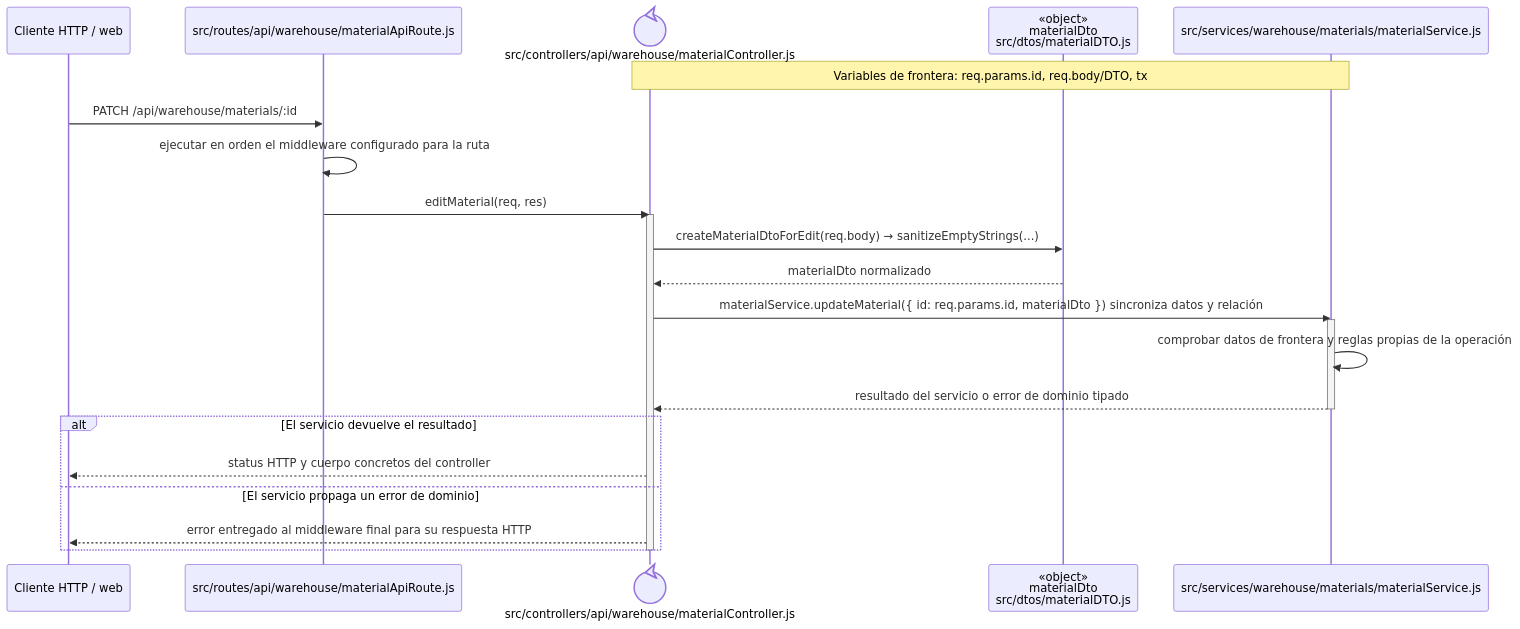
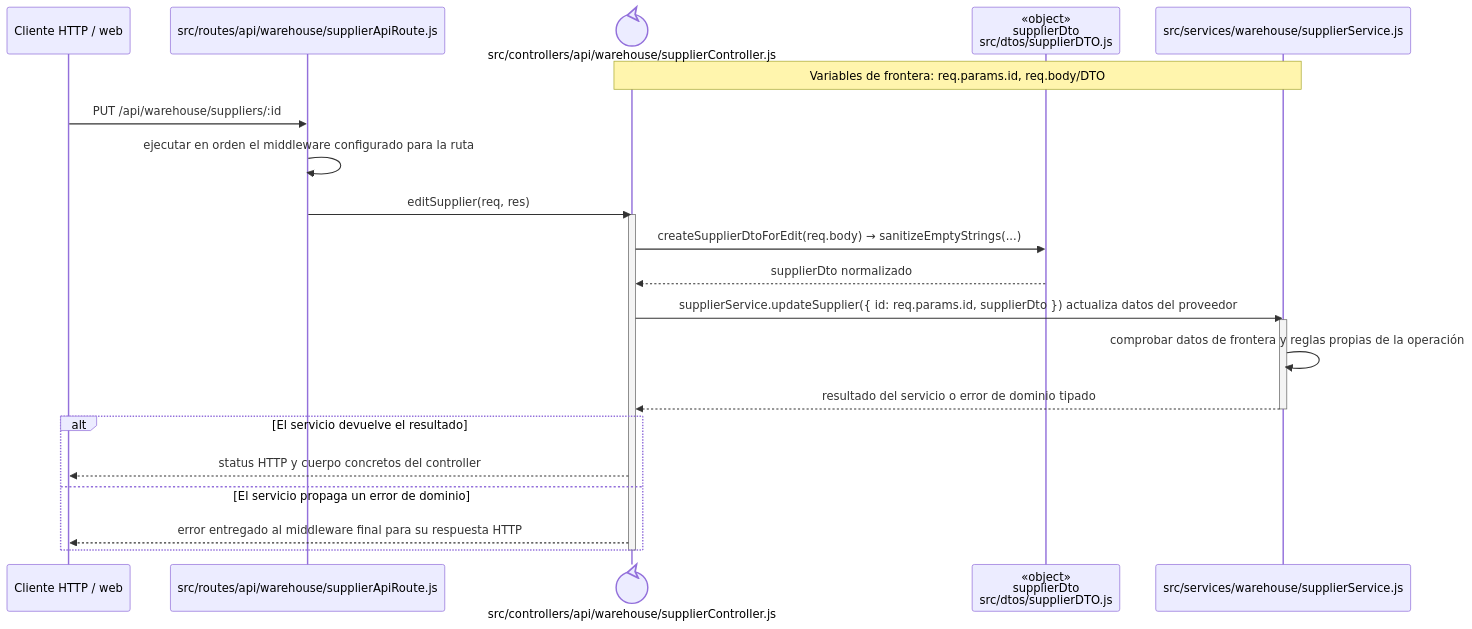
Before and after one commit to gpgsistemas01/nexus: the diagram in docs/architecture/backend-code-sequences/catalogs/cu-cat-03.md, drawn with Mermaid. The commit also changed other lines of this file and 287 other files, not shown here.

````diff
--- a/docs/architecture/backend-code-sequences/catalogs/cu-cat-03.md
+++ b/docs/architecture/backend-code-sequences/catalogs/cu-cat-03.md
@@ -6,27 +6,27 @@
 ```mermaid
 sequenceDiagram
     participant Client as Cliente HTTP / web
-    participant Route as src/routes/api/warehouse/materialApiRoute.js
-    participant Controller@{ "type": "control" } as src/controllers/api/warehouse/materialController.js
-    participant MaterialDto as «object»<br/>materialDto<br/>src/dtos/materialDTO.js
-    participant Domain as src/services/warehouse/materials/materialService.js
-    Note over Controller,Domain: Variables de frontera: req.params.id, req.body/DTO, tx
+    participant Route as src/routes/api/warehouse/supplierApiRoute.js
+    participant Controller@{ "type": "control" } as src/controllers/api/warehouse/supplierController.js
+    participant SupplierDto as «object»<br/>supplierDto<br/>src/dtos/supplierDTO.js
+    participant Domain as src/services/warehouse/supplierService.js
+    Note over Controller,Domain: Variables de frontera: req.params.id, req.body/DTO
 
-    Client->>Route: PATCH /api/warehouse/materials/:id
+    Client->>Route: PUT /api/warehouse/suppliers/:id
     Route->>Route: ejecutar en orden el middleware configurado para la ruta
-    Route->>Controller: editMaterial(req, res)
+    Route->>Controller: editSupplier(req, res)
     activate Controller
-    Controller->>MaterialDto: createMaterialDtoForEdit(req.body) → sanitizeEmptyStrings(...)
-    MaterialDto-->>Controller: materialDto normalizado
-    Controller->>Domain: materialService.updateMaterial({ id: req.params.id, materialDto }) sincroniza datos y relación
+    Controller->>SupplierDto: createSupplierDtoForEdit(req.body) → sanitizeEmptyStrings(...)
+    SupplierDto-->>Controller: supplierDto normalizado
+    Controller->>Domain: supplierService.updateSupplier({ id: req.params.id, supplierDto }) actualiza datos del proveedor
     activate Domain
     Domain->>Domain: comprobar datos de frontera y reglas propias de la operación
     Domain-->>Controller: resultado del servicio o error de dominio tipado
     deactivate Domain
     alt El servicio devuelve el resultado
         Controller-->>Client: status HTTP y cuerpo concretos del controller
     else El servicio propaga un error de dominio
         Controller-->>Client: error entregado al middleware final para su respuesta HTTP
     end
     deactivate Controller
 ```
````
